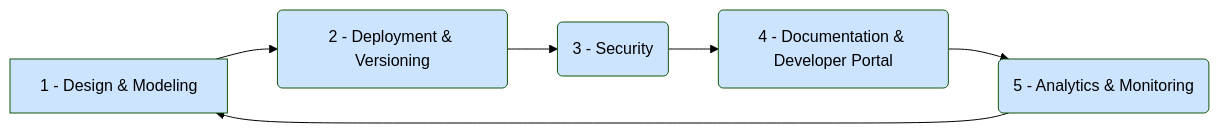
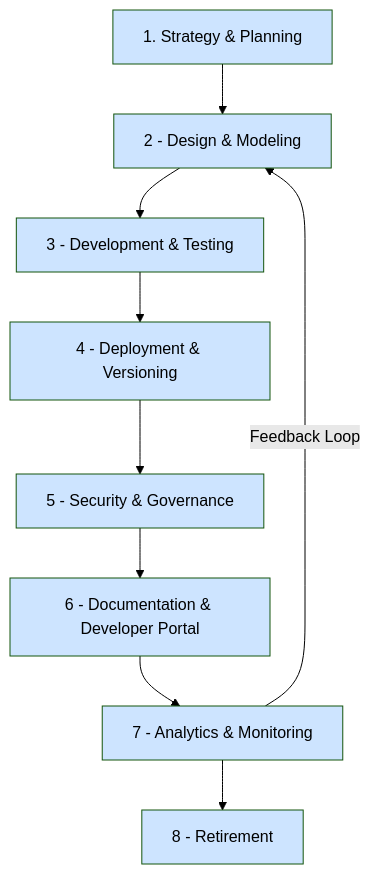
Before and after one commit to bmeurant/technical-docs: the diagram in software-architecture/api-fundamentals/api-keys-and-management.md, drawn with Mermaid (forest theme). The commit also changed other lines of this file and 1 other file, not shown here.

Commit message:
docs(software-architecture): handle API Lifecycle topic

````diff
--- a/software-architecture/api-fundamentals/api-keys-and-management.md
+++ b/software-architecture/api-fundamentals/api-keys-and-management.md
@@ -72,14 +72,20 @@
 ```mermaid
-graph LR
-    A[1 - Design & Modeling] --> B(2 - Deployment & Versioning);
-    B --> C(3 - Security);
-    C --> D(4 - Documentation & Developer Portal);
-    D --> E(5 - Analytics & Monitoring);
-    E --> A;
+graph TD
+    A[1. Strategy & Planning] --> B[2 - Design & Modeling];
+    B --> C[3 - Development & Testing];
+    C --> D[4 - Deployment & Versioning];
+    D --> E[5 - Security & Governance];
+    E --> F[6 - Documentation & Developer Portal];
+    F --> G[7 - Analytics & Monitoring];
+    G -- "Feedback Loop" --> B;
+    G --> H[8 - Retirement];
 
     style A fill:#cde4ff
     style B fill:#cde4ff
     style C fill:#cde4ff
     style D fill:#cde4ff
     style E fill:#cde4ff
+    style F fill:#cde4ff
+    style G fill:#cde4ff
+    style H fill:#cde4ff
 ```
````
